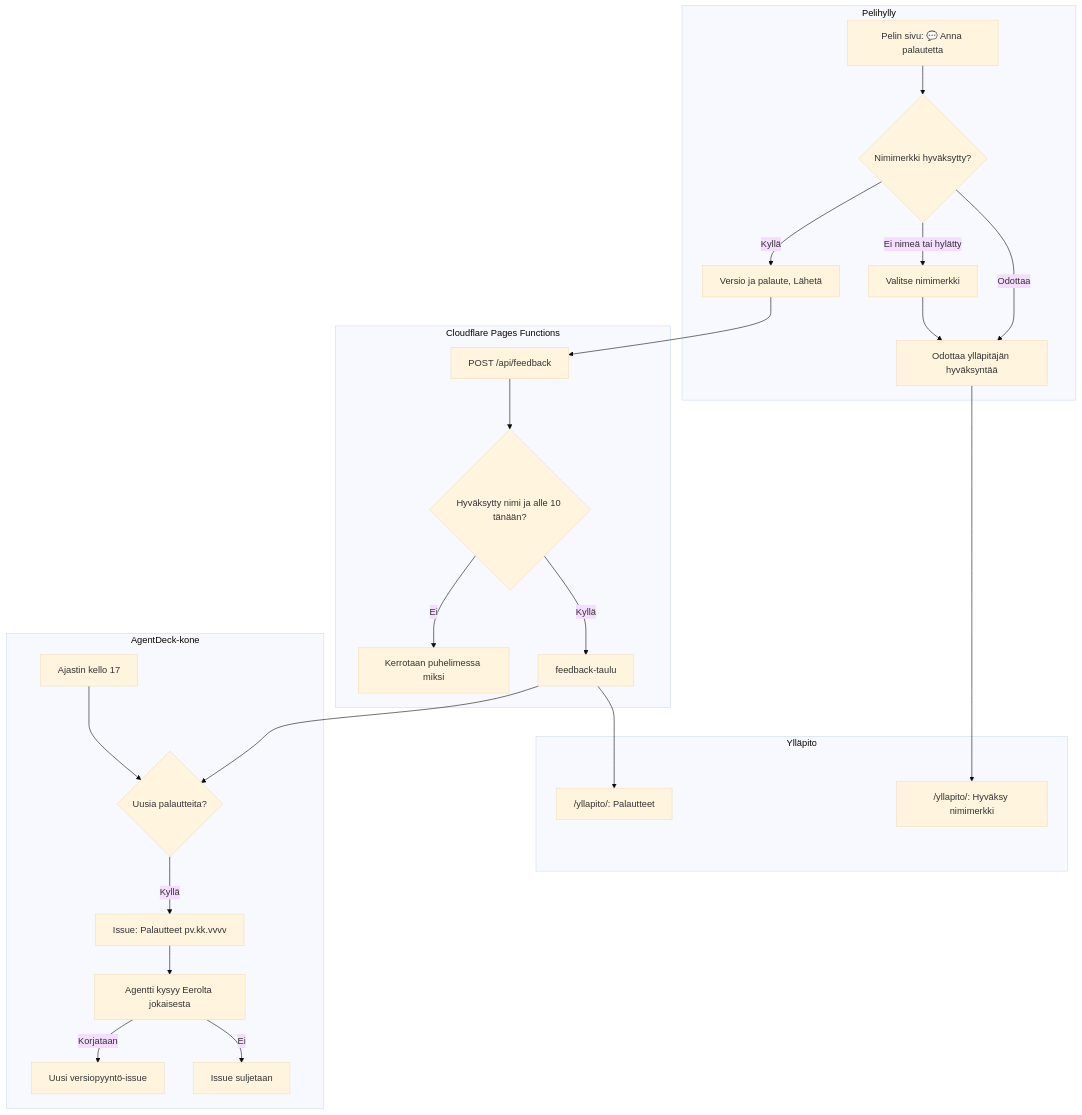
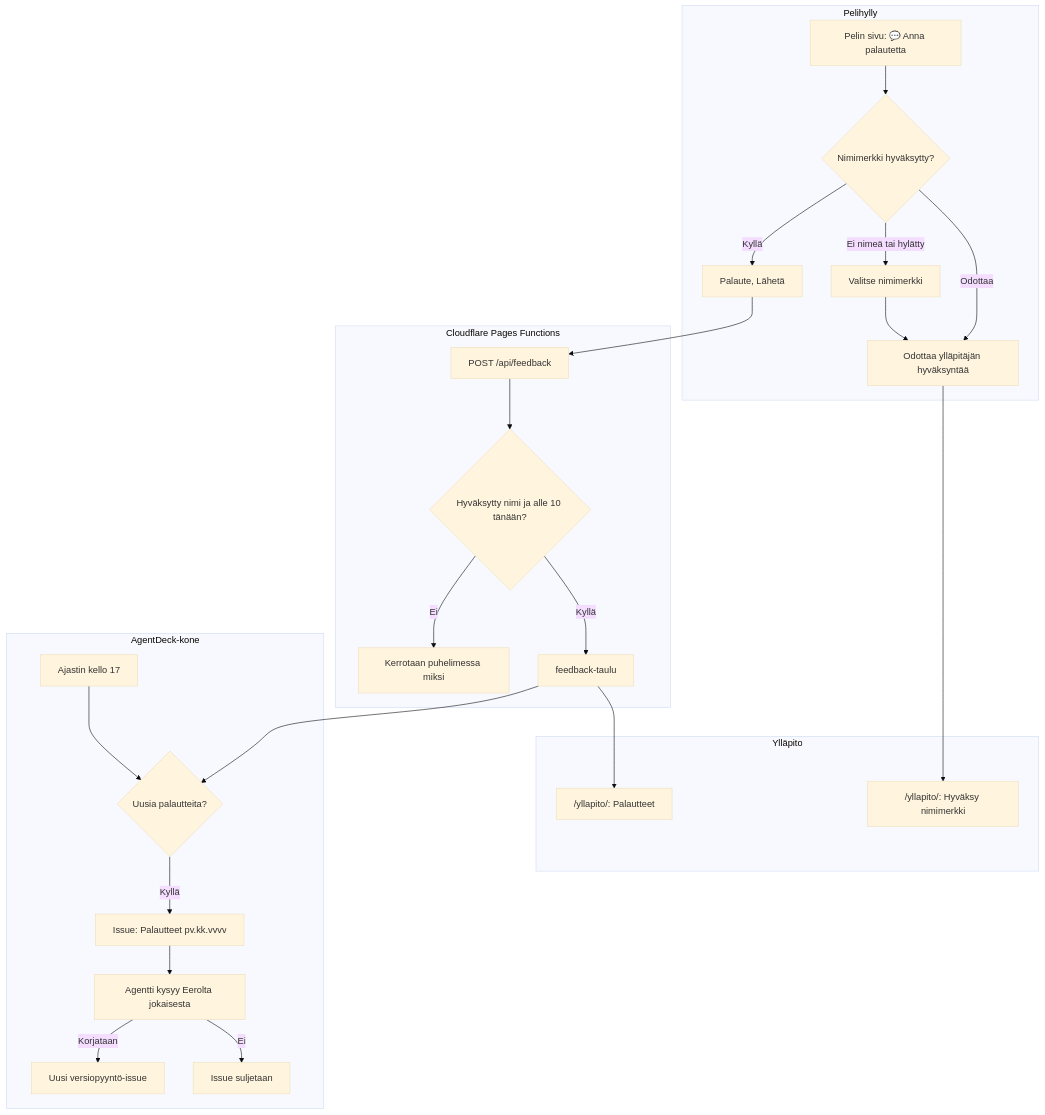
Before and after one commit to eerovil/ai-pelit: the diagram in docs/diagrams/palaute.md, drawn with Mermaid (base theme). The commit also changed other lines of this file and 442 other files, not shown here.

````diff
--- a/docs/diagrams/palaute.md
+++ b/docs/diagrams/palaute.md
@@ -8,33 +8,33 @@
 ```mermaid
 flowchart TD
   subgraph Pelihylly
     A[Pelin sivu: 💬 Anna palautetta] --> B{Nimimerkki hyväksytty?}
     B -- Ei nimeä tai hylätty --> C[Valitse nimimerkki]
     C --> D[Odottaa ylläpitäjän hyväksyntää]
     B -- Odottaa --> D
-    B -- Kyllä --> E[Versio ja palaute, Lähetä]
+    B -- Kyllä --> E[Palaute, Lähetä]
   end
   subgraph Cloudflare Pages Functions
     E --> F[POST /api/feedback]
     F --> G{Hyväksytty nimi ja alle 10 tänään?}
     G -- Ei --> H[Kerrotaan puhelimessa miksi]
     G -- Kyllä --> I[feedback-taulu]
   end
   subgraph Ylläpito
     I --> J["/yllapito/: Palautteet"]
     D --> N["/yllapito/: Hyväksy nimimerkki"]
   end
   subgraph AgentDeck-kone
     K[Ajastin kello 17] --> L{Uusia palautteita?}
     I --> L
     L -- Kyllä --> M[Issue: Palautteet pv.kk.vvvv]
     M --> O[Agentti kysyy Eerolta jokaisesta]
     O -- Korjataan --> P[Uusi versiopyyntö-issue]
     O -- Ei --> Q[Issue suljetaan]
   end
   class A,C,E,H blue
   class B,G,L amber
   class F,I teal
   class D,J,N,O violet
   class K,M,P,Q green
 ```
````
